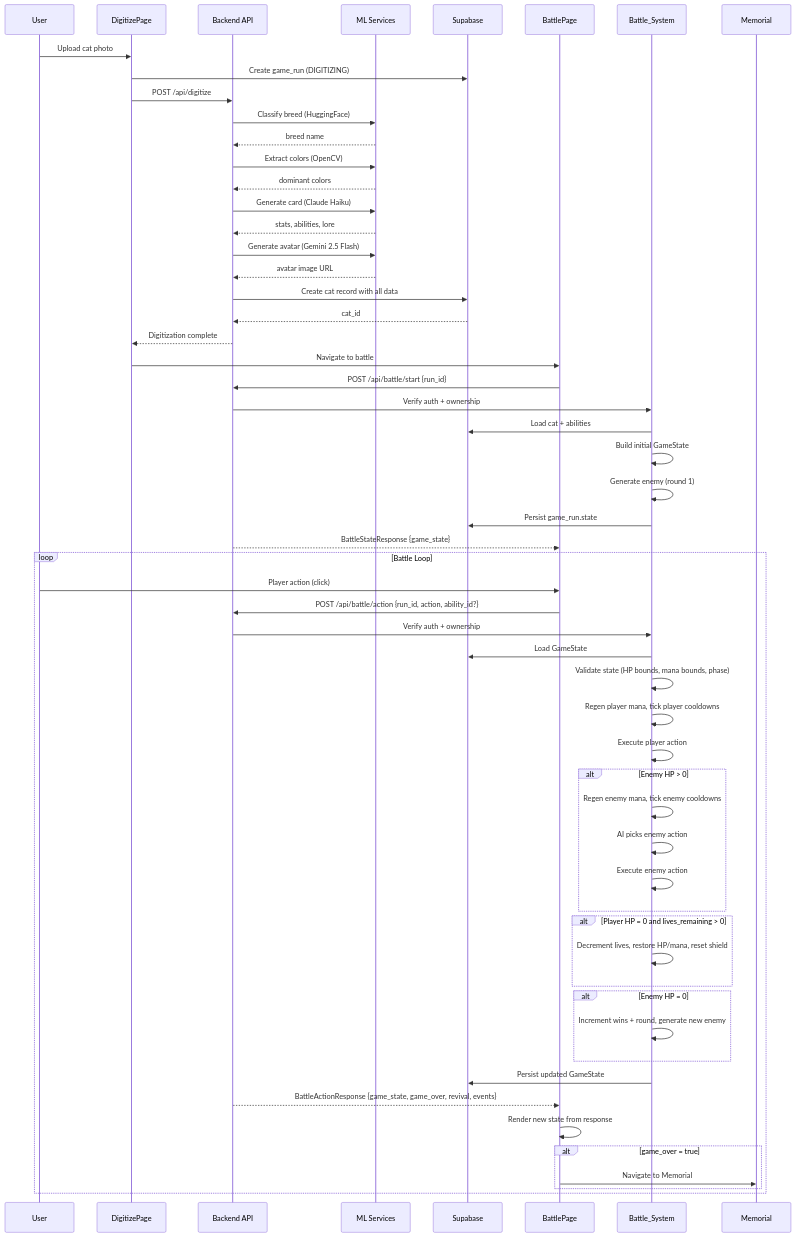
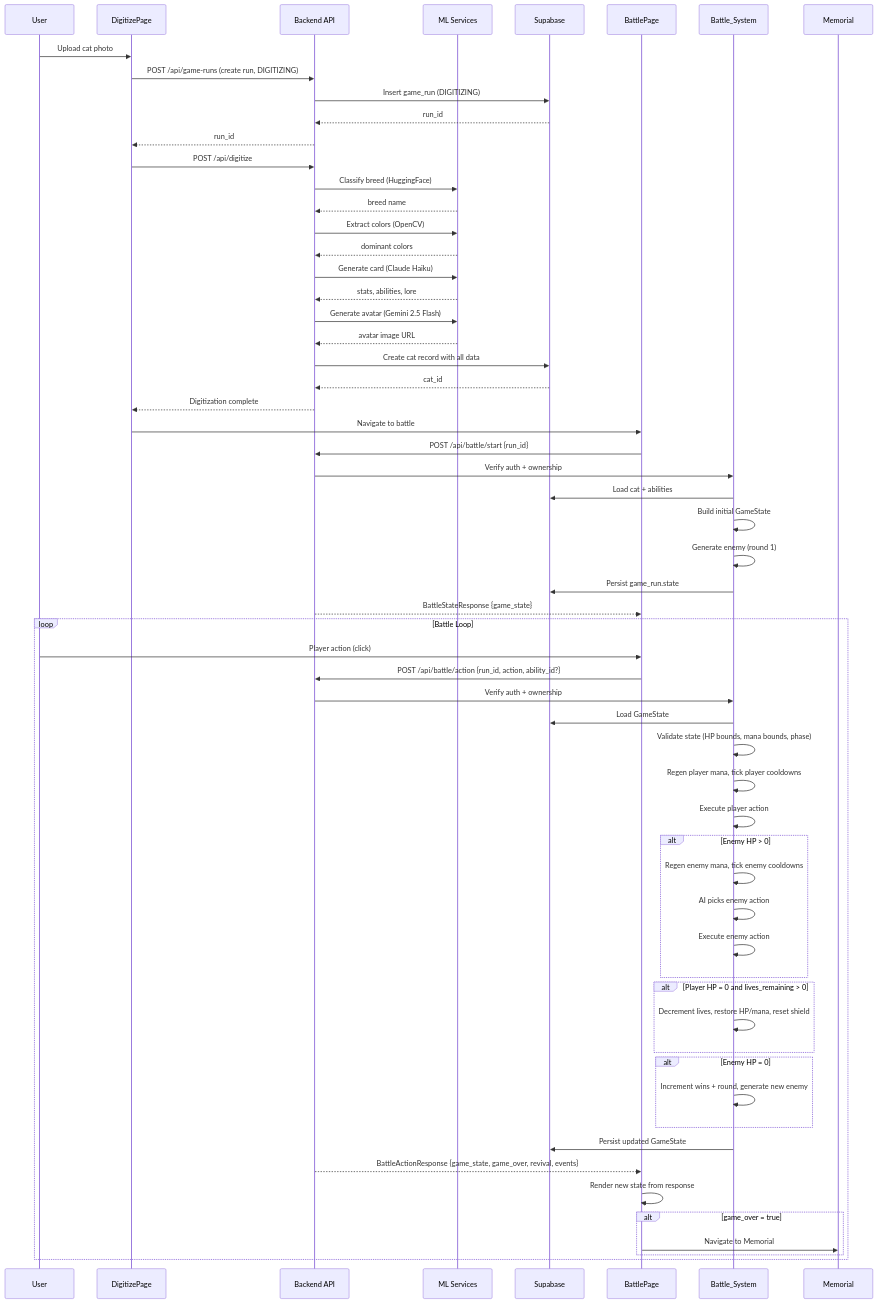
Before and after one commit to eucaliptuskoala/nine-lives: the second of 2 diagrams in .kiro/specs/nine-lives-complete-implementation/design.md, drawn with Mermaid. The commit also changed other lines of this file and 23 other files, not shown here.

````diff
--- a/.kiro/specs/nine-lives-complete-implementation/design.md
+++ b/.kiro/specs/nine-lives-complete-implementation/design.md
@@ -85,62 +94,65 @@
 ```mermaid
 sequenceDiagram
     participant U as User
     participant D as DigitizePage
     participant B as Backend API
     participant ML as ML Services
     participant S as Supabase
     participant BP as BattlePage
     participant BS as Battle_System
     participant M as Memorial
 
     U->>D: Upload cat photo
-    D->>S: Create game_run (DIGITIZING)
+    D->>B: POST /api/game-runs (create run, DIGITIZING)
+    B->>S: Insert game_run (DIGITIZING)
+    S-->>B: run_id
+    B-->>D: run_id
     D->>B: POST /api/digitize
     B->>ML: Classify breed (HuggingFace)
     ML-->>B: breed name
     B->>ML: Extract colors (OpenCV)
     ML-->>B: dominant colors
     B->>ML: Generate card (Claude Haiku)
     ML-->>B: stats, abilities, lore
     B->>ML: Generate avatar (Gemini 2.5 Flash)
     ML-->>B: avatar image URL
     B->>S: Create cat record with all data
     S-->>B: cat_id
     B-->>D: Digitization complete
     D->>BP: Navigate to battle
 
     BP->>B: POST /api/battle/start {run_id}
     B->>BS: Verify auth + ownership
     BS->>S: Load cat + abilities
     BS->>BS: Build initial GameState
     BS->>BS: Generate enemy (round 1)
     BS->>S: Persist game_run.state
     B-->>BP: BattleStateResponse {game_state}
 
     loop Battle Loop
         U->>BP: Player action (click)
         BP->>B: POST /api/battle/action {run_id, action, ability_id?}
         B->>BS: Verify auth + ownership
         BS->>S: Load GameState
         BS->>BS: Validate state (HP bounds, mana bounds, phase)
         BS->>BS: Regen player mana, tick player cooldowns
         BS->>BS: Execute player action
         alt Enemy HP > 0
             BS->>BS: Regen enemy mana, tick enemy cooldowns
             BS->>BS: AI picks enemy action
             BS->>BS: Execute enemy action
         end
         alt Player HP = 0 and lives_remaining > 0
             BS->>BS: Decrement lives, restore HP/mana, reset shield
         end
         alt Enemy HP = 0
             BS->>BS: Increment wins + round, generate new enemy
         end
         BS->>S: Persist updated GameState
         B-->>BP: BattleActionResponse {game_state, game_over, revival, events}
         BP->>BP: Render new state from response
         alt game_over = true
             BP->>M: Navigate to Memorial
         end
     end
 ```
````
